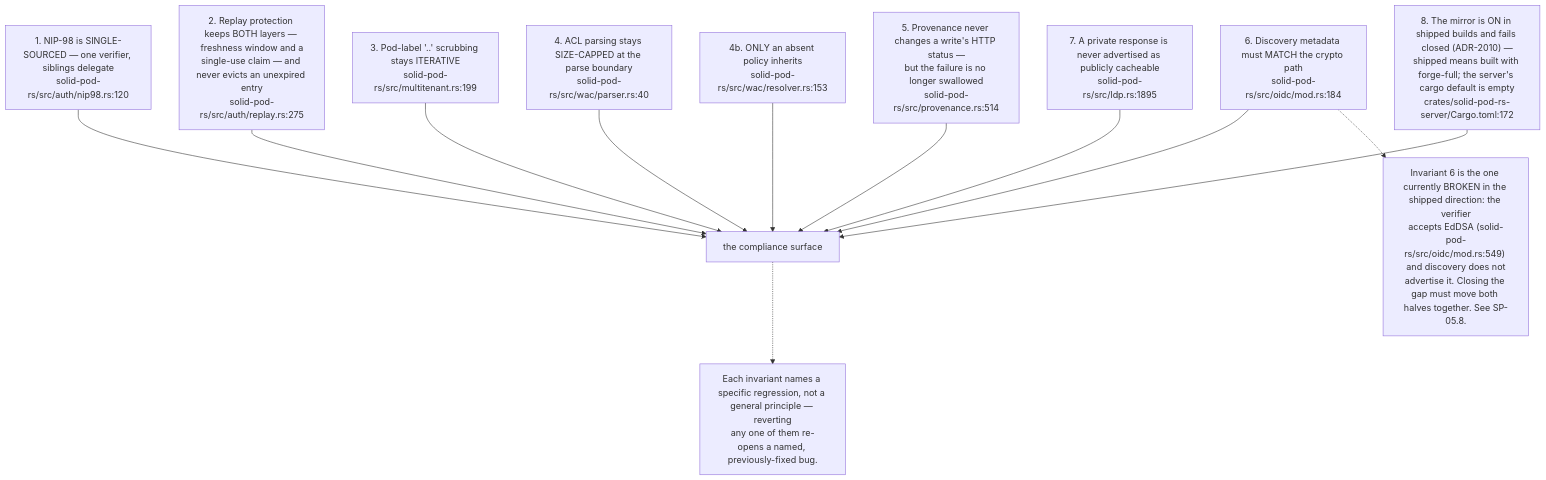
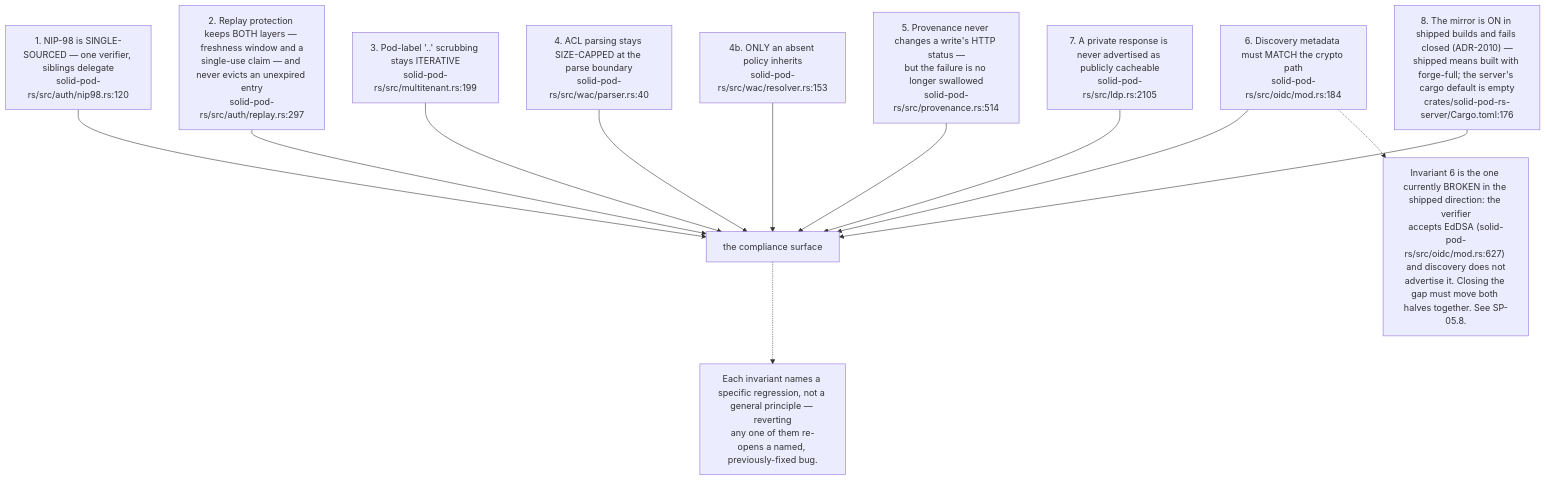
Before and after one commit to DreamLab-AI/VisionFlow: the first of 13 diagrams in docs/diagrams/solid-pod-rs/10-failure-modes-and-invariants.md, drawn with Mermaid. The commit also changed other lines of this file and 2 other files, not shown here.

First line of the commit message:
docs(diagrams): SP-07, SP-10, SP-15 re-verified at solid-pod-rs a28a748

````diff
--- a/docs/diagrams/solid-pod-rs/10-failure-modes-and-invariants.md
+++ b/docs/diagrams/solid-pod-rs/10-failure-modes-and-invariants.md
@@ -49,27 +56,27 @@
 ```mermaid
 flowchart TD
     I1["1. NIP-98 is SINGLE-SOURCED — one verifier, siblings delegate<br/>solid-pod-rs/src/auth/nip98.rs:120"]
-    I2["2. Replay protection keeps BOTH layers — freshness window and a<br/>single-use claim — and never evicts an unexpired entry<br/>solid-pod-rs/src/auth/replay.rs:275"]
+    I2["2. Replay protection keeps BOTH layers — freshness window and a<br/>single-use claim — and never evicts an unexpired entry<br/>solid-pod-rs/src/auth/replay.rs:297"]
     I3["3. Pod-label '..' scrubbing stays ITERATIVE<br/>solid-pod-rs/src/multitenant.rs:199"]
     I4["4. ACL parsing stays SIZE-CAPPED at the parse boundary<br/>solid-pod-rs/src/wac/parser.rs:40"]
     I4b["4b. ONLY an absent policy inherits<br/>solid-pod-rs/src/wac/resolver.rs:153"]
     I5["5. Provenance never changes a write's HTTP status —<br/>but the failure is no longer swallowed<br/>solid-pod-rs/src/provenance.rs:514"]
     I6["6. Discovery metadata must MATCH the crypto path<br/>solid-pod-rs/src/oidc/mod.rs:184"]
-    I7["7. A private response is never advertised as publicly cacheable<br/>solid-pod-rs/src/ldp.rs:1895"]
-    I8["8. The mirror is ON in shipped builds and fails closed (ADR-2010) —<br/>shipped means built with forge-full; the server's cargo default is empty<br/>crates/solid-pod-rs-server/Cargo.toml:172"]
+    I7["7. A private response is never advertised as publicly cacheable<br/>solid-pod-rs/src/ldp.rs:2105"]
+    I8["8. The mirror is ON in shipped builds and fails closed (ADR-2010) —<br/>shipped means built with forge-full; the server's cargo default is empty<br/>crates/solid-pod-rs-server/Cargo.toml:176"]
 
     I1 --> SUR["the compliance surface"]
     I2 --> SUR
     I3 --> SUR
     I4 --> SUR
     I4b --> SUR
     I5 --> SUR
     I6 --> SUR
     I7 --> SUR
     I8 --> SUR
 
-    N["Invariant 6 is the one currently BROKEN in the shipped direction: the verifier<br/>accepts EdDSA (solid-pod-rs/src/oidc/mod.rs:549) and discovery does not<br/>advertise it. Closing the gap must move both halves together. See SP-05.8."]
+    N["Invariant 6 is the one currently BROKEN in the shipped direction: the verifier<br/>accepts EdDSA (solid-pod-rs/src/oidc/mod.rs:627) and discovery does not<br/>advertise it. Closing the gap must move both halves together. See SP-05.8."]
     I6 -.-> N
     N2["Each invariant names a specific regression, not a general principle — reverting<br/>any one of them re-opens a named, previously-fixed bug."]
     SUR -.-> N2
 ```
````
